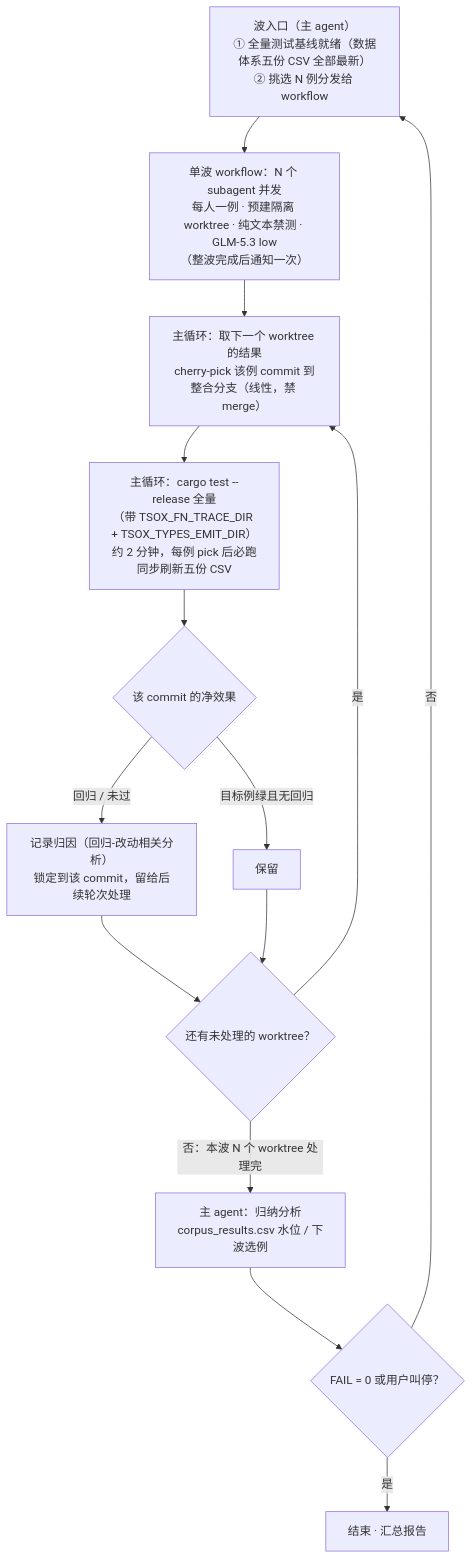
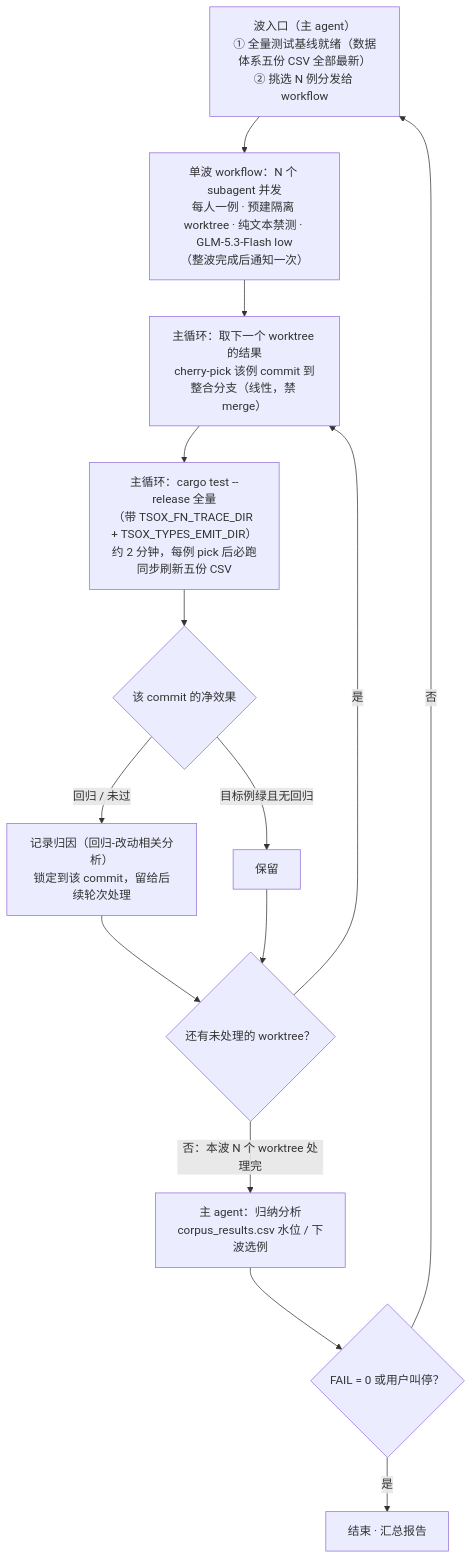
The diagram in AGENTS.md (idealjs/typescript-rust), drawn with Mermaid before and after one commit. The commit also changed other lines of this file and 5 other files, not shown here.

Commit message:
docs: 修复模型改为 GLM-5.3-Flash · low

````diff
--- a/AGENTS.md
+++ b/AGENTS.md
@@ -17,17 +17,17 @@
 ```mermaid
 flowchart TD
     START["波入口（主 agent）<br/>① 全量测试基线就绪（数据体系五份 CSV 全部最新）<br/>② 挑选 N 例分发给 workflow"]
-    START --> WF["单波 workflow：N 个 subagent 并发<br/>每人一例 · 预建隔离 worktree · 纯文本禁测 · GLM-5.3 low<br/>（整波完成后通知一次）"]
+    START --> WF["单波 workflow：N 个 subagent 并发<br/>每人一例 · 预建隔离 worktree · 纯文本禁测 · GLM-5.3-Flash low<br/>（整波完成后通知一次）"]
     WF --> PICK["主循环：取下一个 worktree 的结果<br/>cherry-pick 该例 commit 到整合分支（线性，禁 merge）"]
     PICK --> FULL["主循环：cargo test --release 全量<br/>（带 TSOX_FN_TRACE_DIR + TSOX_TYPES_EMIT_DIR）<br/>约 2 分钟，每例 pick 后必跑<br/>同步刷新五份 CSV"]
     FULL --> VERDICT{"该 commit 的净效果"}
     VERDICT -->|"目标例绿且无回归"| NEXT["保留"]
     VERDICT -->|"回归 / 未过"| HANDLE["记录归因（回归-改动相关分析）<br/>锁定到该 commit，留给后续轮次处理"]
     HANDLE --> MORE{"还有未处理的 worktree？"}
     NEXT --> MORE
     MORE -->|是| PICK
     MORE -->|"否：本波 N 个 worktree 处理完"| ANALYSIS["主 agent：归纳分析<br/>corpus_results.csv 水位 / 下波选例"]
     ANALYSIS --> DECIDE{"FAIL = 0 或用户叫停？"}
     DECIDE -->|否| START
     DECIDE -->|是| END["结束 · 汇总报告"]
 ```
````
